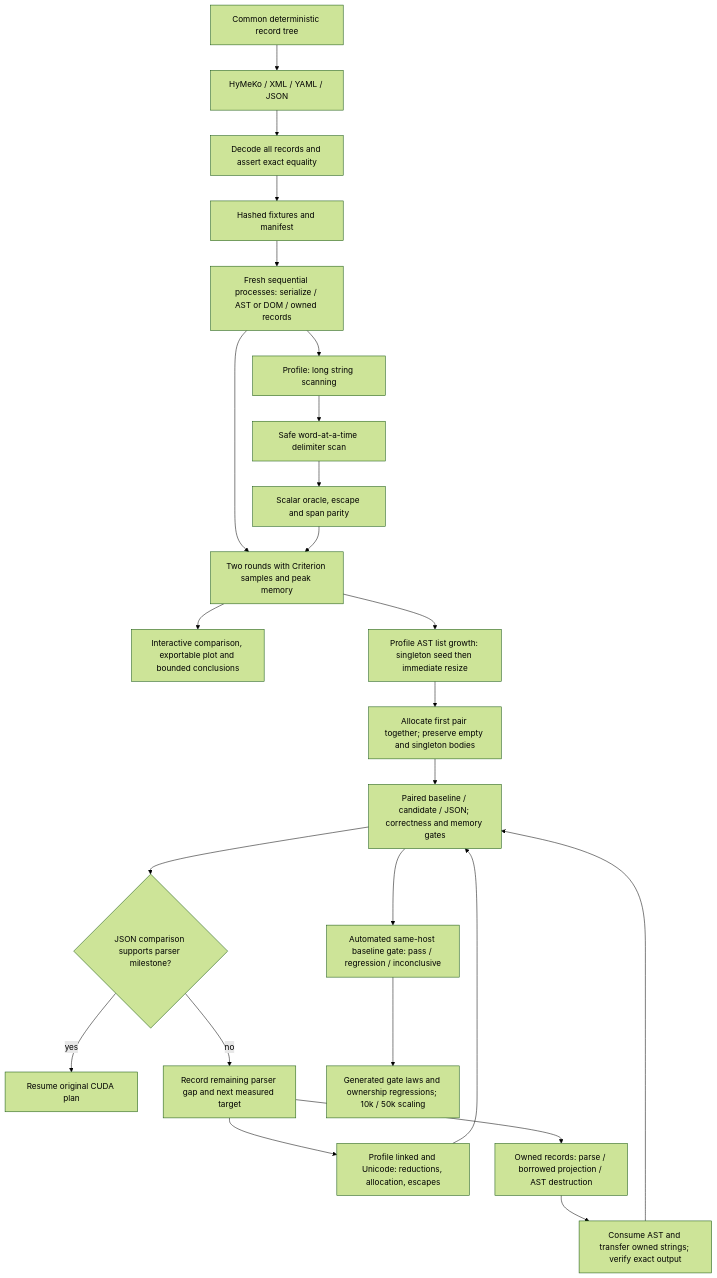
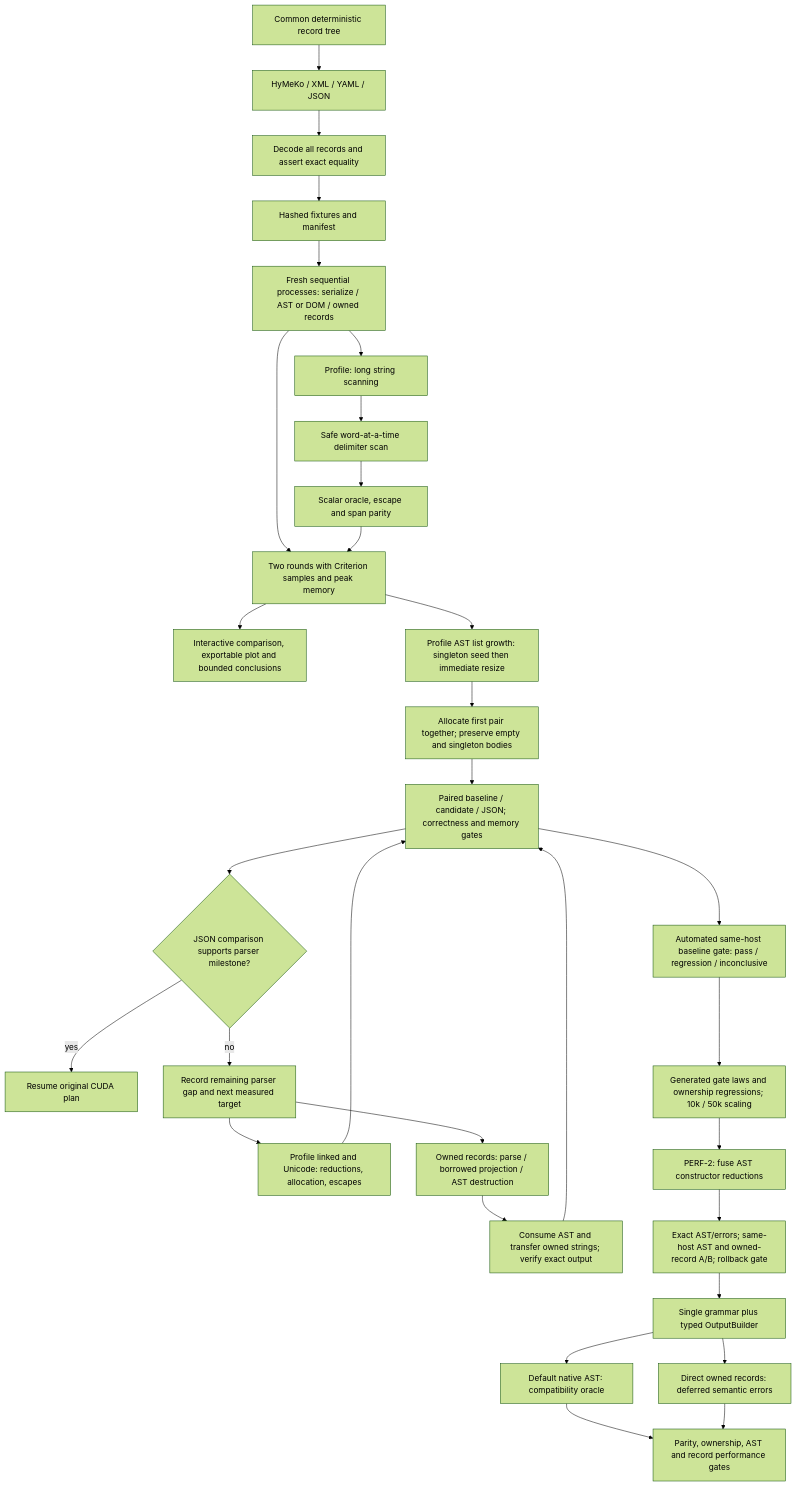
One commit to hymeko-framework/parser changed the diagram in docs/plans/2026-09-07-format-comparison/plan.mmd. Above: the diagram before and after it, drawn with Mermaid (forest theme). The commit also changed 12 other files, not shown here.

First line of the commit message:
perf(parser): construct typed outputs through the shared grammar

```diff
--- a/docs/plans/2026-09-07-format-comparison/plan.mmd
+++ b/docs/plans/2026-09-07-format-comparison/plan.mmd
@@ -1,27 +1,36 @@
 flowchart TD
     G[Common deterministic record tree] --> S[HyMeKo / XML / YAML / JSON]
     S --> V[Decode all records and assert exact equality]
     V --> F[Hashed fixtures and manifest]
     F --> P[Fresh sequential processes: serialize / AST or DOM / owned records]
     P --> R[Two rounds with Criterion samples and peak memory]
     R --> C[Interactive comparison, exportable plot and bounded conclusions]
 
 %% 2026-09-08 continuation: native AST CPU profile -> one hotspot -> parity tests -> fixed-affinity A/B
 
     P --> L[Profile: long string scanning]
     L --> W[Safe word-at-a-time delimiter scan]
     W --> T[Scalar oracle, escape and span parity]
     T --> R
     R --> A[Profile AST list growth: singleton seed then immediate resize]
     A --> B[Allocate first pair together; preserve empty and singleton bodies]
     B --> J[Paired baseline / candidate / JSON; correctness and memory gates]
     J --> K{JSON comparison supports parser milestone?}
     K -->|yes| U[Resume original CUDA plan]
     K -->|no| N[Record remaining parser gap and next measured target]
     N --> H[Profile linked and Unicode: reductions, allocation, escapes]
     H --> J
     N --> O[Owned records: parse / borrowed projection / AST destruction]
     O --> M[Consume AST and transfer owned strings; verify exact output]
     M --> J
     J --> Q[Automated same-host baseline gate: pass / regression / inconclusive]
     Q --> V2[Generated gate laws and ownership regressions; 10k / 50k scaling]
+
+    V2 --> F2[PERF-2: fuse AST constructor reductions]
+    F2 --> G2[Exact AST/errors; same-host AST and owned-record A/B; rollback gate]
+
+    G2 --> B2[Single grammar plus typed OutputBuilder]
+    B2 --> A2[Default native AST: compatibility oracle]
+    B2 --> D2[Direct owned records: deferred semantic errors]
+    A2 --> X2[Parity, ownership, AST and record performance gates]
+    D2 --> X2
```
